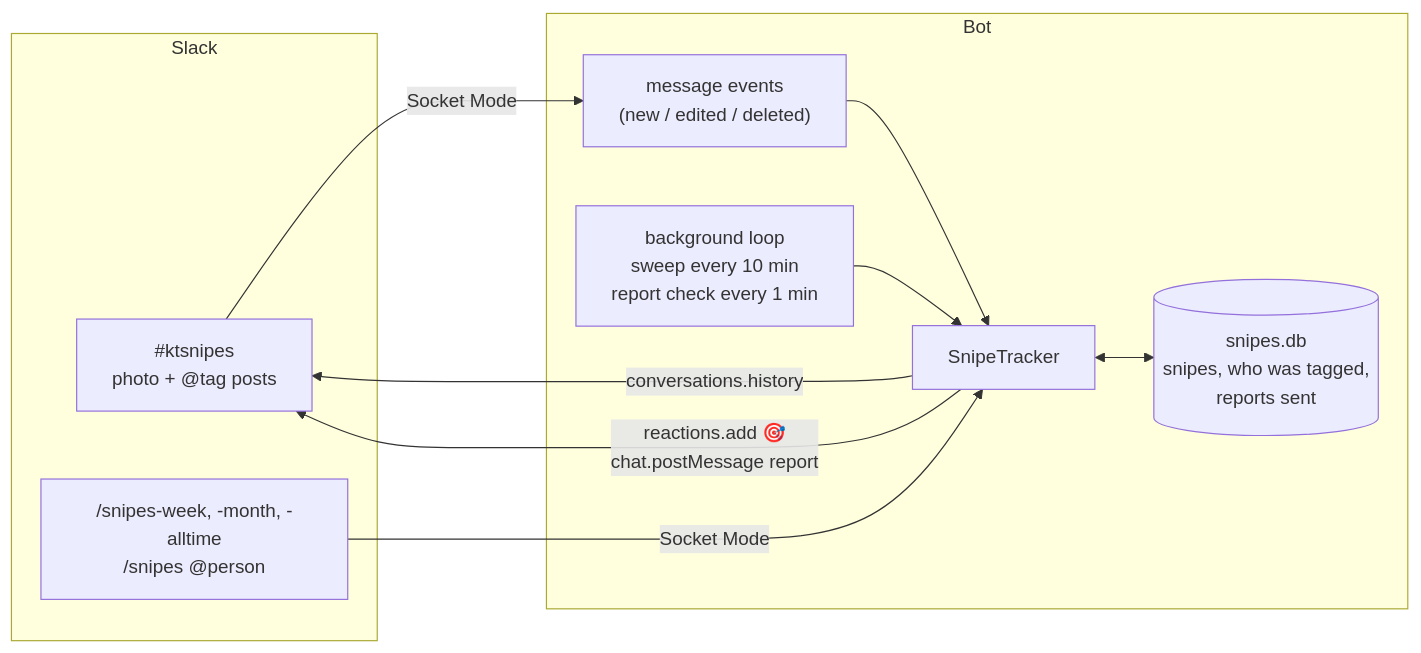
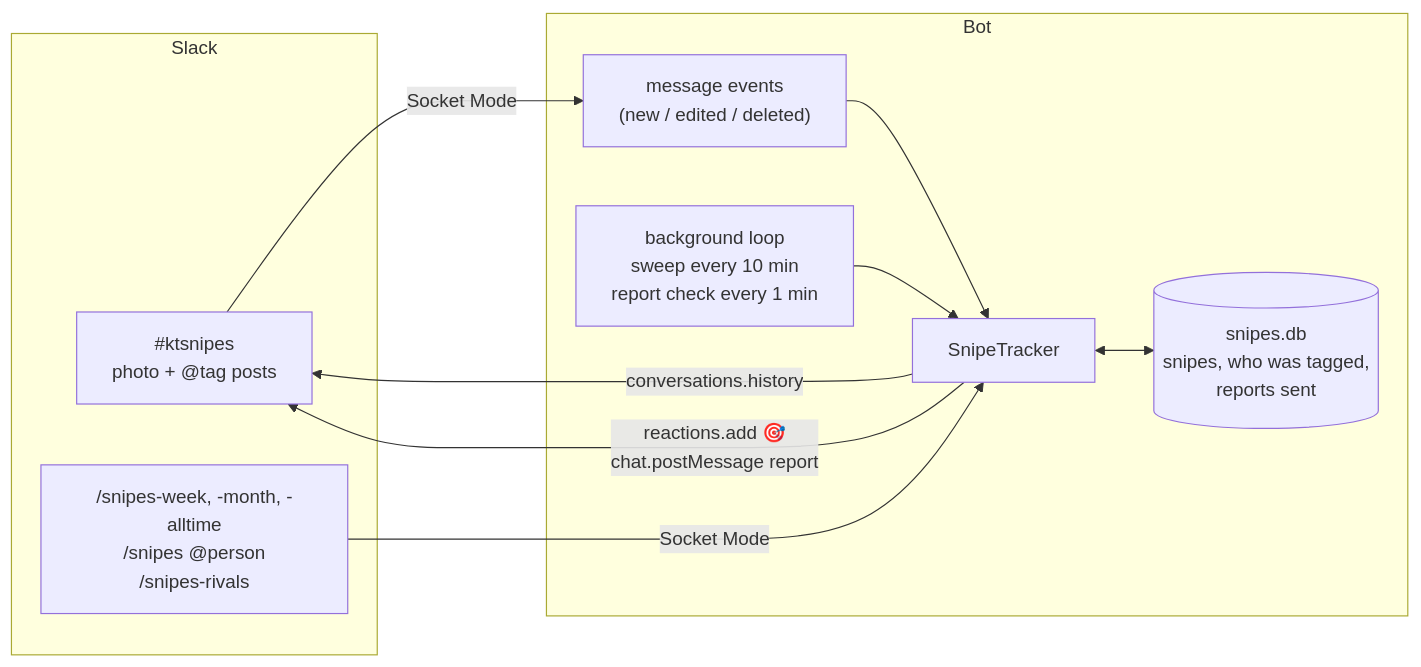
Before and after one commit to Adi-Kaul/KTsnipes-2.0: the diagram in docs/how-it-works.md, drawn with Mermaid. The commit also changed other lines of this file and 10 other files, not shown here.

First line of the commit message:
Add /snipes-rivals: top rivalries, someone's rivals, and head-to-heads

````diff
--- a/docs/how-it-works.md
+++ b/docs/how-it-works.md
@@ -7,19 +7,19 @@
 ```mermaid
 flowchart LR
     subgraph Slack
         A["#ktsnipes<br/>photo + @tag posts"]
-        C["/snipes-week, -month, -alltime<br/>/snipes @person"]
+        C["/snipes-week, -month, -alltime<br/>/snipes @person<br/>/snipes-rivals"]
     end
     subgraph Bot
         E["message events<br/>(new / edited / deleted)"]
         L["background loop<br/>sweep every 10 min<br/>report check every 1 min"]
         T["SnipeTracker"]
         DB[("snipes.db<br/>snipes, who was tagged,<br/>reports sent")]
     end
     A -- Socket Mode --> E --> T
     C -- Socket Mode --> T
     L --> T
     T -- conversations.history --> A
     T -- reactions.add 🎯<br/>chat.postMessage report --> A
     T <--> DB
 ```
````
